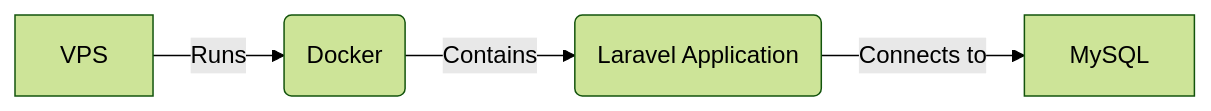
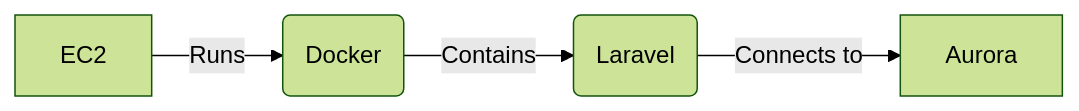
One commit to SystemEngineeringTeam/tenno-hai-front changed the first of 2 diagrams in README.md. Above: the diagram before and after it, drawn with Mermaid (forest theme).

Commit message:
feat: AWS構成に変更

````diff
--- a/README.md
+++ b/README.md
@@ -43,6 +43,6 @@
 ```mermaid
 graph LR
-A[VPS] -- Runs --> B(Docker)
-B -- Contains --> C(Laravel Application)
-C -- Connects to --> D[MySQL]
+A[EC2] -- Runs --> B(Docker)
+B -- Contains --> C(Laravel)
+C -- Connects to --> D[Aurora]
 ```
````
